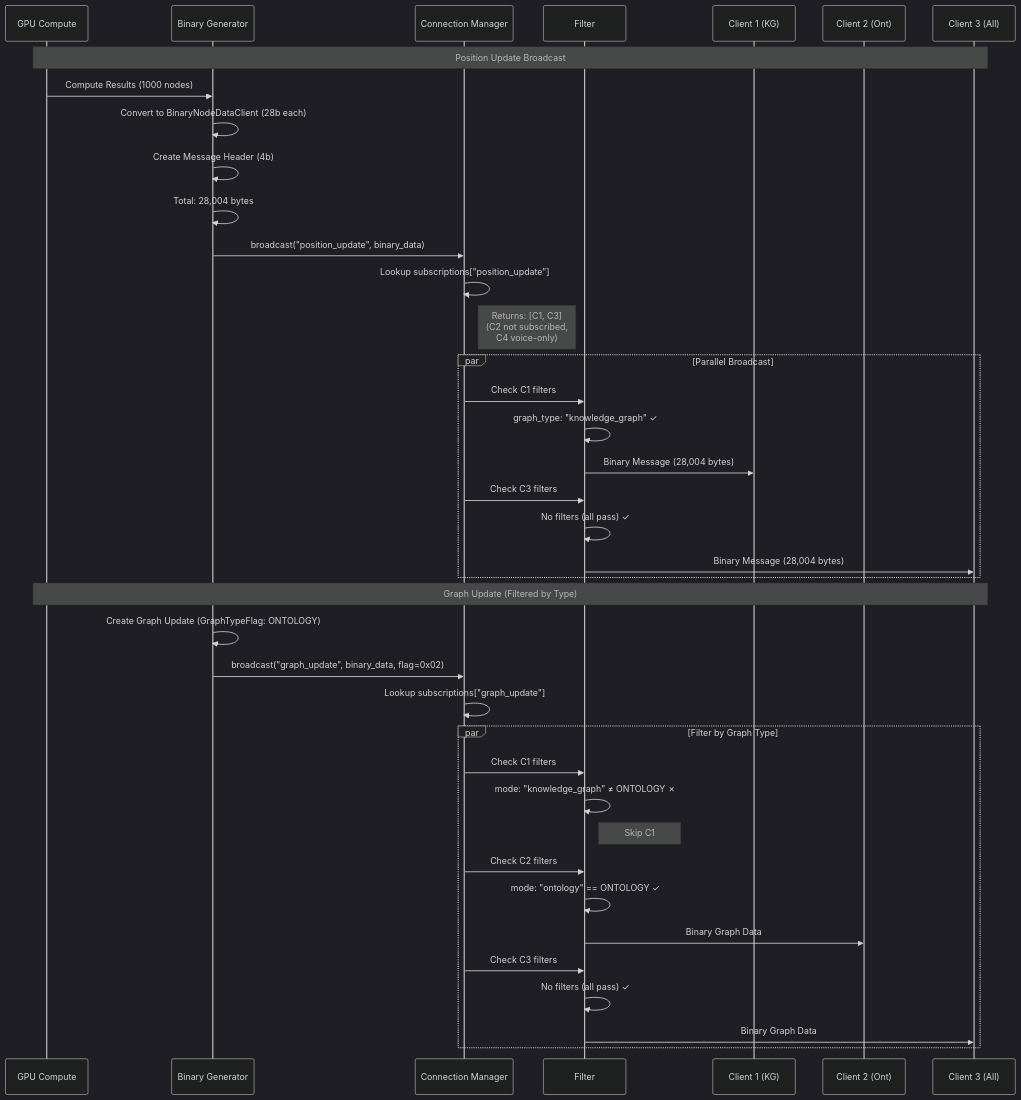
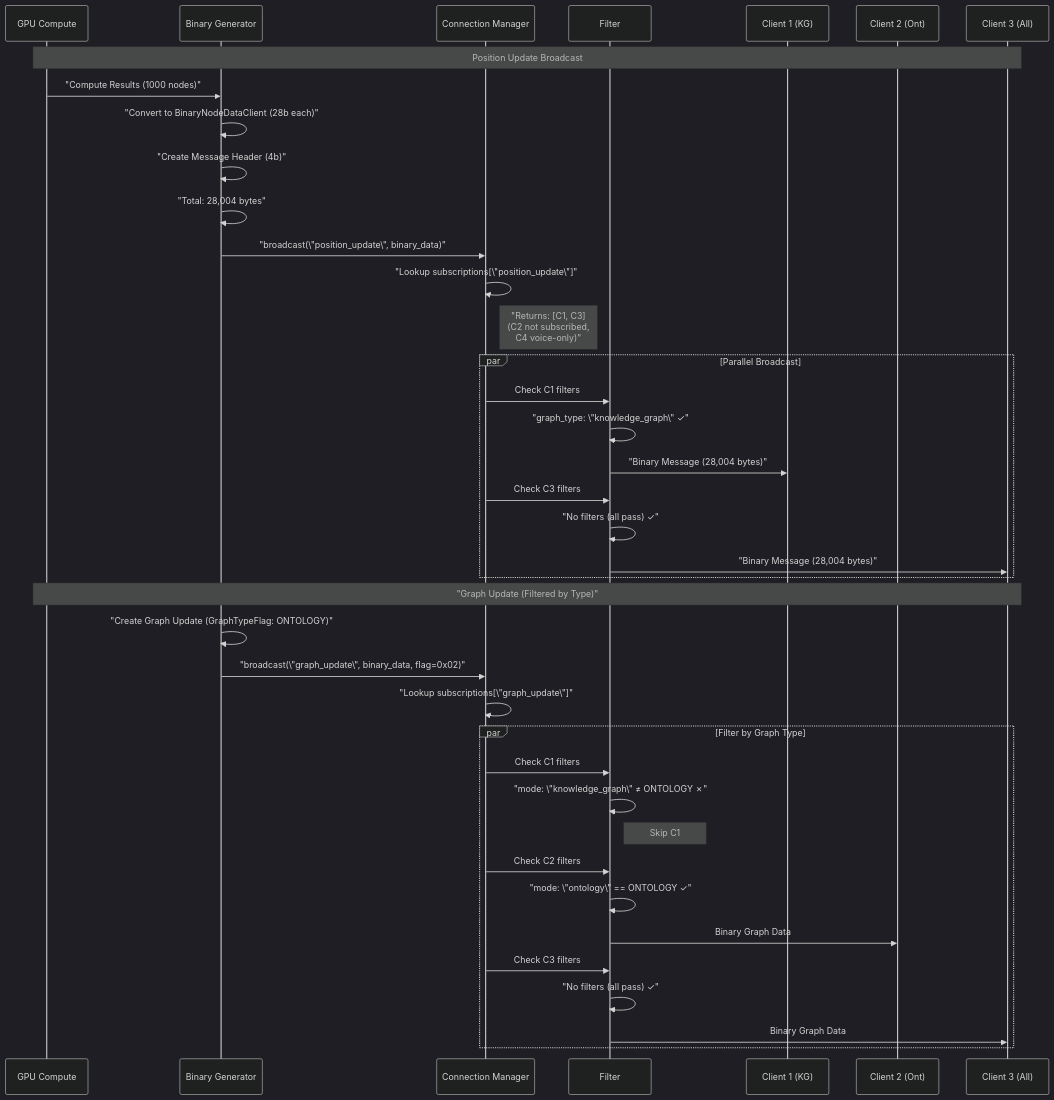
One commit to DreamLab-AI/VisionFlow changed the ninth of 19 diagrams in docs/diagrams/infrastructure/websocket/binary-protocol-complete.md. Above: the diagram before and after it, drawn with Mermaid (dark theme). The commit also changed other lines of this file and 39 other files, not shown here.

````diff
--- a/docs/diagrams/infrastructure/websocket/binary-protocol-complete.md
+++ b/docs/diagrams/infrastructure/websocket/binary-protocol-complete.md
@@ -695,53 +695,53 @@
 ```mermaid
 sequenceDiagram
     participant GPU as GPU Compute
     participant BG as Binary Generator
     participant CM as Connection Manager
     participant F as Filter
     participant C1 as Client 1 (KG)
     participant C2 as Client 2 (Ont)
     participant C3 as Client 3 (All)
 
     Note over GPU,C3: Position Update Broadcast
 
-    GPU->>BG: Compute Results (1000 nodes)
-    BG->>BG: Convert to BinaryNodeDataClient (28b each)
-    BG->>BG: Create Message Header (4b)
-    BG->>BG: Total: 28,004 bytes
+    GPU->>BG: "Compute Results (1000 nodes)"
+    BG->>BG: "Convert to BinaryNodeDataClient (28b each)"
+    BG->>BG: "Create Message Header (4b)"
+    BG->>BG: "Total: 28,004 bytes"
 
-    BG->>CM: broadcast("position_update", binary_data)
+    BG->>CM: "broadcast(\"position_update\", binary_data)"
 
-    CM->>CM: Lookup subscriptions["position_update"]
-    Note right of CM: Returns: [C1, C3]<br/>(C2 not subscribed,<br/>C4 voice-only)
+    CM->>CM: "Lookup subscriptions[\"position_update\"]"
+    Note right of CM: "Returns: [C1, C3]<br/>(C2 not subscribed,<br/>C4 voice-only)"
 
     par Parallel Broadcast
         CM->>F: Check C1 filters
-        F->>F: graph_type: "knowledge_graph" ✓
-        F->>C1: Binary Message (28,004 bytes)
+        F->>F: "graph_type: \"knowledge_graph\" ✓"
+        F->>C1: "Binary Message (28,004 bytes)"
 
         CM->>F: Check C3 filters
-        F->>F: No filters (all pass) ✓
-        F->>C3: Binary Message (28,004 bytes)
+        F->>F: "No filters (all pass) ✓"
+        F->>C3: "Binary Message (28,004 bytes)"
     end
 
-    Note over GPU,C3: Graph Update (Filtered by Type)
+    Note over GPU,C3: "Graph Update (Filtered by Type)"
 
-    BG->>BG: Create Graph Update (GraphTypeFlag: ONTOLOGY)
-    BG->>CM: broadcast("graph_update", binary_data, flag=0x02)
+    BG->>BG: "Create Graph Update (GraphTypeFlag: ONTOLOGY)"
+    BG->>CM: "broadcast(\"graph_update\", binary_data, flag=0x02)"
 
-    CM->>CM: Lookup subscriptions["graph_update"]
+    CM->>CM: "Lookup subscriptions[\"graph_update\"]"
 
     par Filter by Graph Type
         CM->>F: Check C1 filters
-        F->>F: mode: "knowledge_graph" ≠ ONTOLOGY ✗
+        F->>F: "mode: \"knowledge_graph\" ≠ ONTOLOGY ✗"
         Note right of F: Skip C1
 
         CM->>F: Check C2 filters
-        F->>F: mode: "ontology" == ONTOLOGY ✓
+        F->>F: "mode: \"ontology\" == ONTOLOGY ✓"
         F->>C2: Binary Graph Data
 
         CM->>F: Check C3 filters
-        F->>F: No filters (all pass) ✓
+        F->>F: "No filters (all pass) ✓"
         F->>C3: Binary Graph Data
     end
 ```
````
